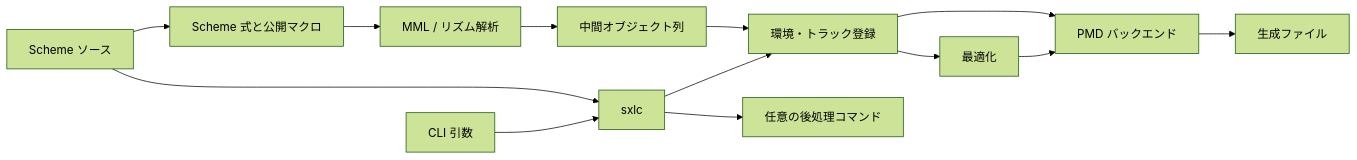
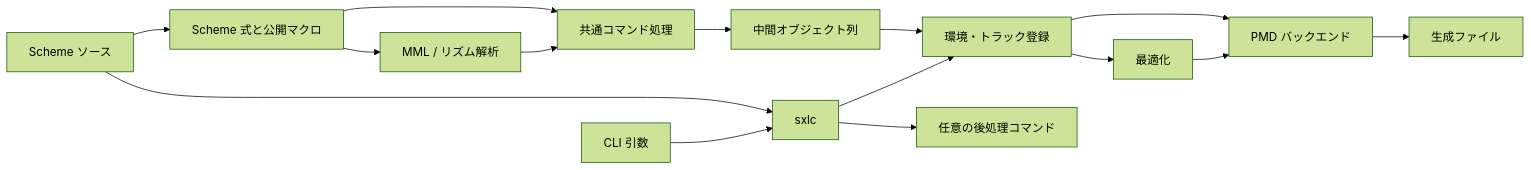
The diagram in doc/architecture.md (sayzbrdg/sxmml), drawn with Mermaid (forest theme) before and after one commit. The commit also changed other lines of this file and 20 other files, not shown here.

````diff
--- a/doc/architecture.md
+++ b/doc/architecture.md
@@ -9,15 +9,17 @@
 ```mermaid
 flowchart LR
     A[CLI 引数] --> B[sxlc]
     S[Scheme ソース] --> B
     B --> E[環境・トラック登録]
     S --> C[Scheme 式と公開マクロ]
     C --> P[MML / リズム解析]
-    P --> O[中間オブジェクト列]
+    P --> H[共通コマンド処理]
+    C --> H
+    H --> O[中間オブジェクト列]
     O --> E
     E --> Z[最適化]
     Z --> G[PMD バックエンド]
     E --> G
     G --> F[生成ファイル]
     B --> X[任意の後処理コマンド]
 ```
````
